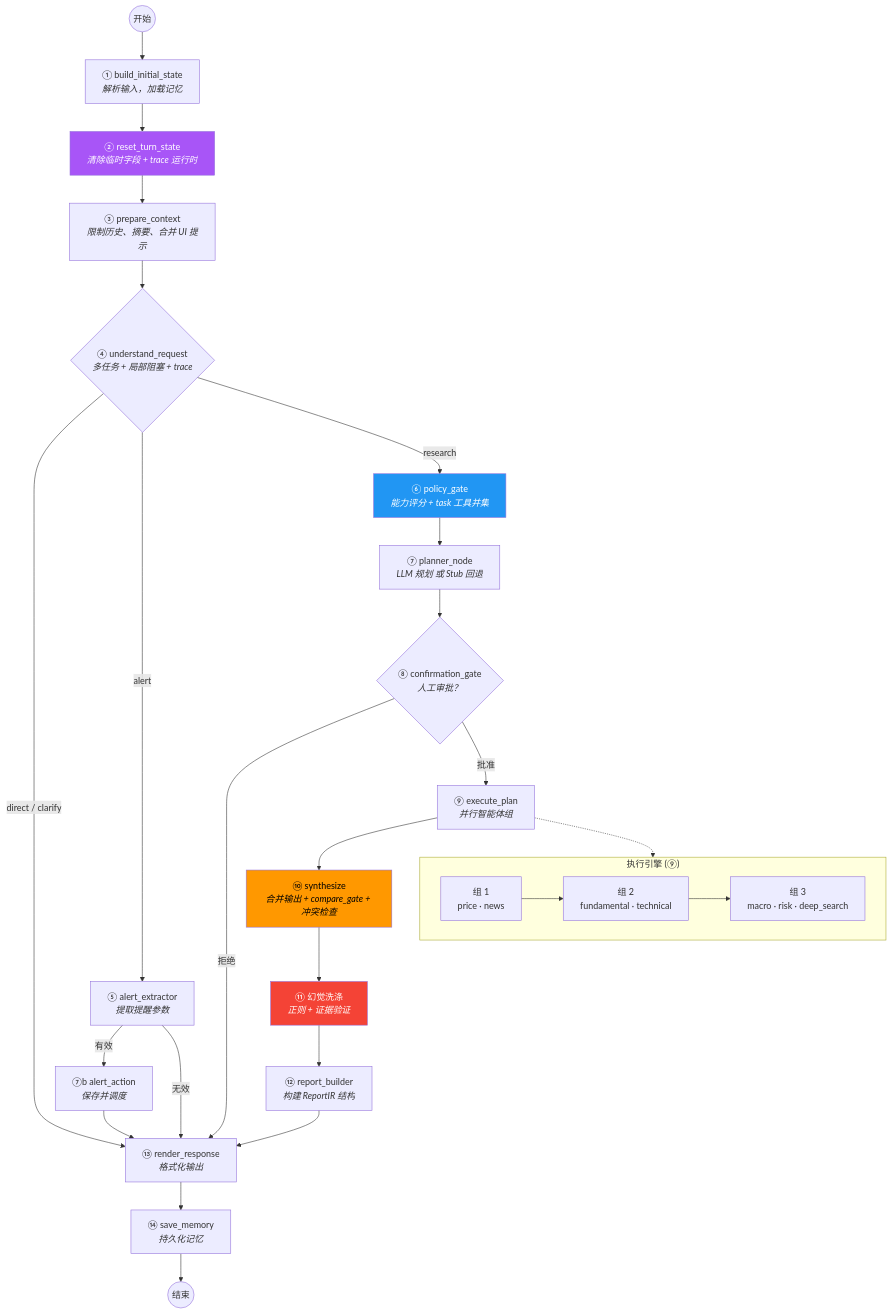
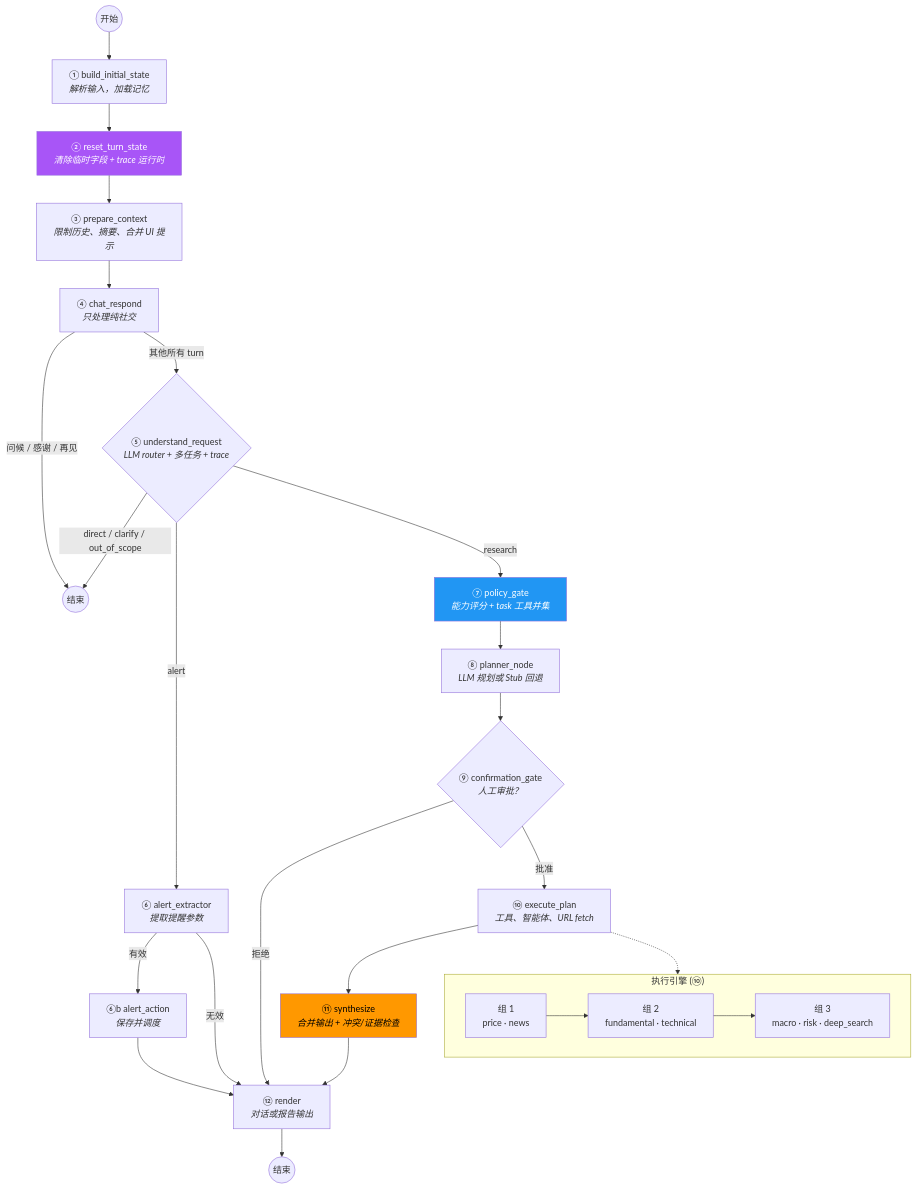
One commit to kkkano/FinSight changed the second of 7 diagrams in readme_cn.md. Above: the diagram before and after it, drawn with Mermaid. The commit also changed other lines of this file and 185 other files, not shown here.

````diff
--- a/readme_cn.md
+++ b/readme_cn.md
@@ -254,39 +258,37 @@
 ```mermaid
 flowchart TD
     START((开始)) --> INIT["① build_initial_state<br/><i>解析输入，加载记忆</i>"]
     INIT --> RESET["② reset_turn_state<br/><i>清除临时字段 + trace 运行时</i>"]
     RESET --> PREPARE["③ prepare_context<br/><i>限制历史、摘要、合并 UI 提示</i>"]
-    PREPARE --> UNDERSTAND{"④ understand_request<br/><i>多任务 + 局部阻塞 + trace</i>"}
+    PREPARE --> CHATRESP["④ chat_respond<br/><i>只处理纯社交</i>"]
+    CHATRESP -->|"问候 / 感谢 / 再见"| END_CHAT((结束))
+    CHATRESP -->|"其他所有 turn"| UNDERSTAND{"⑤ understand_request<br/><i>LLM router + 多任务 + trace</i>"}
 
-    UNDERSTAND -->|"direct / clarify"| RENDER
-    UNDERSTAND -->|"alert"| ALERT_EX["⑤ alert_extractor<br/><i>提取提醒参数</i>"]
-    ALERT_EX -->|"有效"| ALERT_ACT["⑦b alert_action<br/><i>保存并调度</i>"]
+    UNDERSTAND -->|"direct / clarify / out_of_scope"| END_CHAT
+    UNDERSTAND -->|"alert"| ALERT_EX["⑥ alert_extractor<br/><i>提取提醒参数</i>"]
+    ALERT_EX -->|"有效"| ALERT_ACT["⑥b alert_action<br/><i>保存并调度</i>"]
     ALERT_EX -->|"无效"| RENDER
     ALERT_ACT --> RENDER
-    UNDERSTAND -->|"research"| POLICY["⑥ policy_gate<br/><i>能力评分 + task 工具并集</i>"]
-    POLICY --> PLAN["⑦ planner_node<br/><i>LLM 规划 或 Stub 回退</i>"]
+    UNDERSTAND -->|"research"| POLICY["⑦ policy_gate<br/><i>能力评分 + task 工具并集</i>"]
+    POLICY --> PLAN["⑧ planner_node<br/><i>LLM 规划或 Stub 回退</i>"]
 
-    PLAN --> CONFIRM{"⑧ confirmation_gate<br/><i>人工审批？</i>"}
+    PLAN --> CONFIRM{"⑨ confirmation_gate<br/><i>人工审批？</i>"}
     CONFIRM -->|"拒绝"| RENDER
-    CONFIRM -->|"批准"| EXEC["⑨ execute_plan<br/><i>并行智能体组</i>"]
+    CONFIRM -->|"批准"| EXEC["⑩ execute_plan<br/><i>工具、智能体、URL fetch</i>"]
 
-    EXEC --> SYNTH["⑩ synthesize<br/><i>合并输出 + compare_gate + 冲突检查</i>"]
-    SYNTH --> SCRUB["⑪ 幻觉洗涤<br/><i>正则 + 证据验证</i>"]
-    SCRUB --> BUILD["⑫ report_builder<br/><i>构建 ReportIR 结构</i>"]
-    BUILD --> RENDER["⑬ render_response<br/><i>格式化输出</i>"]
-    RENDER --> SAVE["⑭ save_memory<br/><i>持久化记忆</i>"]
-    SAVE --> END((结束))
+    EXEC --> SYNTH["⑪ synthesize<br/><i>合并输出 + 冲突/证据检查</i>"]
+    SYNTH --> RENDER["⑫ render<br/><i>对话或报告输出</i>"]
+    RENDER --> END((结束))
 
-    subgraph "执行引擎 (⑨)"
+    subgraph "执行引擎 (⑩)"
         direction LR
         EG1["组 1<br/>price · news"] --> EG2["组 2<br/>fundamental · technical"]
         EG2 --> EG3["组 3<br/>macro · risk · deep_search"]
     end
 
     EXEC -.-> EG1
 
     style RESET fill:#a855f7,color:#fff
     style SYNTH fill:#ff9800,color:#000
-    style SCRUB fill:#f44336,color:#fff
     style POLICY fill:#2196f3,color:#fff
 ```
````
